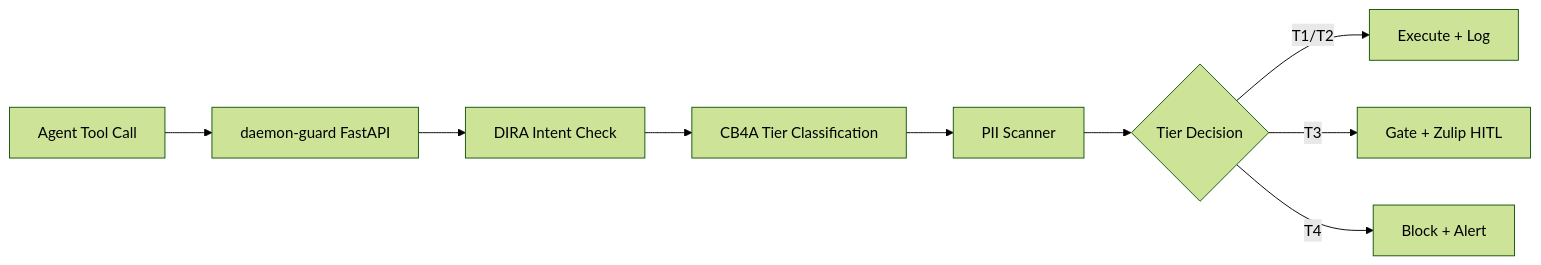
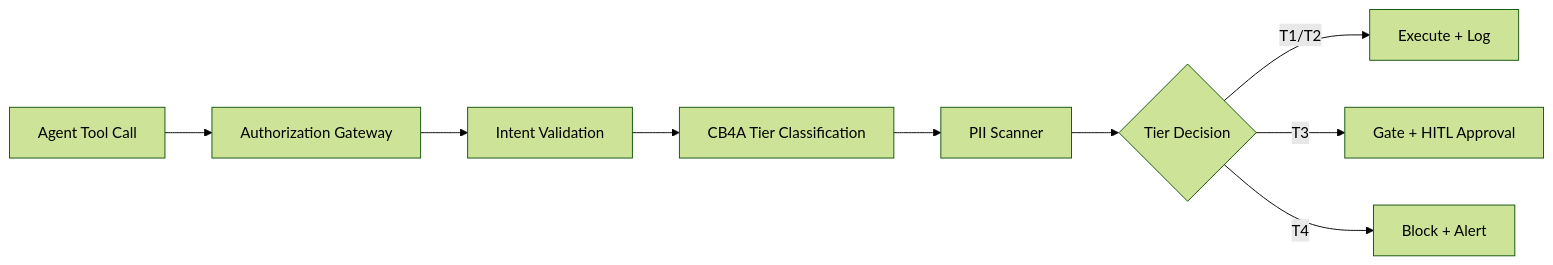
The third of 3 diagrams in src/content/build-logs/cb4a-implementation.mdx (CyberdaemonAI/cyberdaemon-site), drawn with Mermaid (forest theme) before and after one commit. The commit also changed other lines of this file, not shown here.

````diff
--- a/src/content/build-logs/cb4a-implementation.mdx
+++ b/src/content/build-logs/cb4a-implementation.mdx
@@ -260,11 +261,11 @@
 ```mermaid
 graph LR
-    A[Agent Tool Call] --> B[daemon-guard FastAPI]
-    B --> C[DIRA Intent Check]
+    A[Agent Tool Call] --> B[Authorization Gateway]
+    B --> C[Intent Validation]
     C --> D[CB4A Tier Classification]
     D --> E[PII Scanner]
     E --> F{Tier Decision}
     F -->|T1/T2| G[Execute + Log]
-    F -->|T3| H[Gate + Zulip HITL]
+    F -->|T3| H[Gate + HITL Approval]
     F -->|T4| I[Block + Alert]
 ```
````
